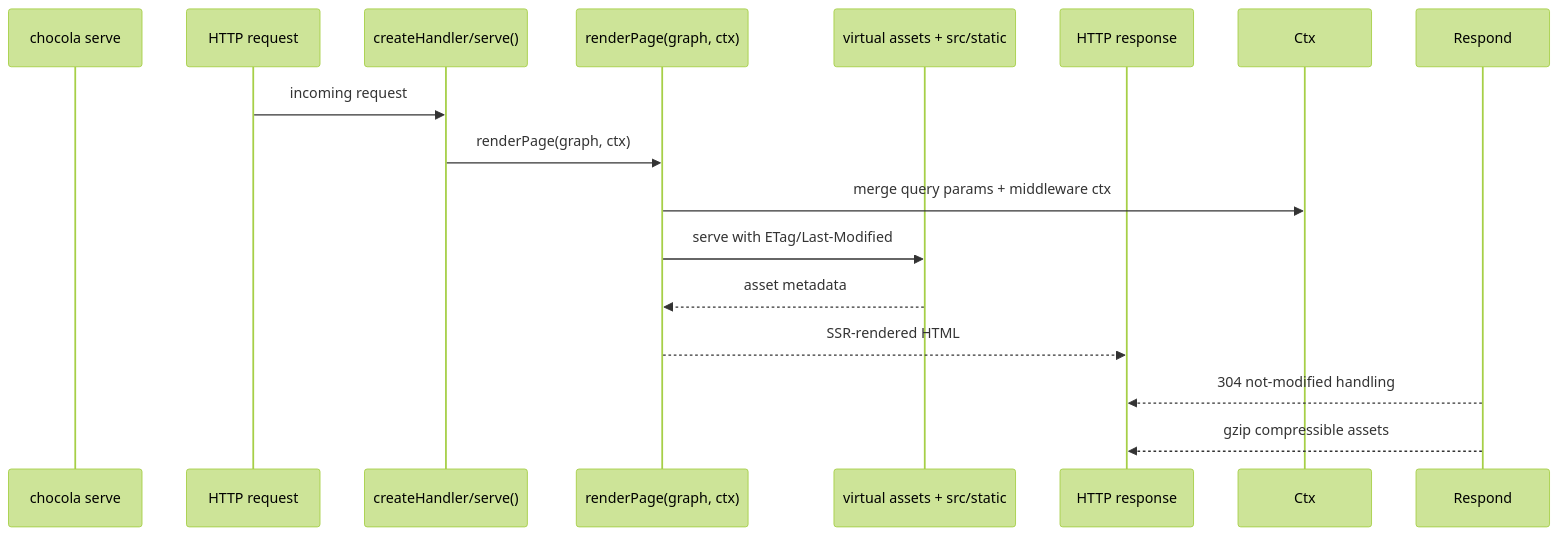
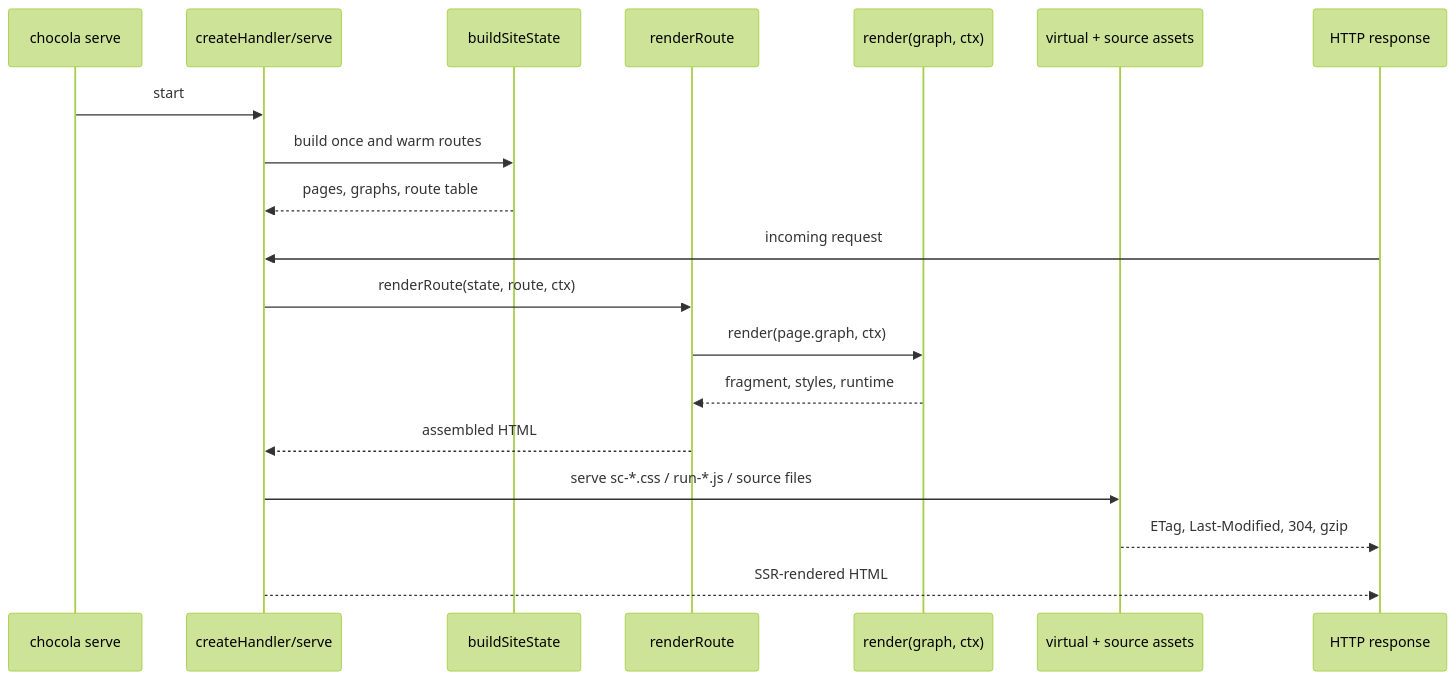
Before and after one commit to chocolajs/kit: the second of 2 diagrams in documentation/03-architecture/02-data-flow.md, drawn with Mermaid (forest theme). The commit also changed other lines of this file and 13 other files, not shown here.

````diff
--- a/documentation/03-architecture/02-data-flow.md
+++ b/documentation/03-architecture/02-data-flow.md
@@ -48,18 +54,22 @@
 ```mermaid
 sequenceDiagram
     participant CLI as chocola serve
-    participant Req as HTTP request
-    participant Handler as createHandler/serve()
-    participant Render as renderPage(graph, ctx)
-    participant Assets as virtual assets + src/static
+    participant Handler as createHandler/serve
+    participant State as buildSiteState
+    participant Kit as renderRoute
+    participant Core as render(graph, ctx)
+    participant Assets as virtual + source assets
     participant Resp as HTTP response
 
-    Req->>Handler: incoming request
-    Handler->>Render: renderPage(graph, ctx)
-    Render->>Ctx: merge query params + middleware ctx
-    Render->>Assets: serve with ETag/Last-Modified
-    Assets-->>Render: asset metadata
-    Render-->>Resp: SSR-rendered HTML
-    Respond-->>Resp: 304 not-modified handling
-    Respond-->>Resp: gzip compressible assets
+    CLI->>Handler: start
+    Handler->>State: build once and warm routes
+    State-->>Handler: pages, graphs, route table
+    Resp->>Handler: incoming request
+    Handler->>Kit: renderRoute(state, route, ctx)
+    Kit->>Core: render(page.graph, ctx)
+    Core-->>Kit: fragment, styles, runtime
+    Kit-->>Handler: assembled HTML
+    Handler->>Assets: serve sc-*.css / run-*.js / source files
+    Assets-->>Resp: ETag, Last-Modified, 304, gzip
+    Handler-->>Resp: SSR-rendered HTML
 ```
````
